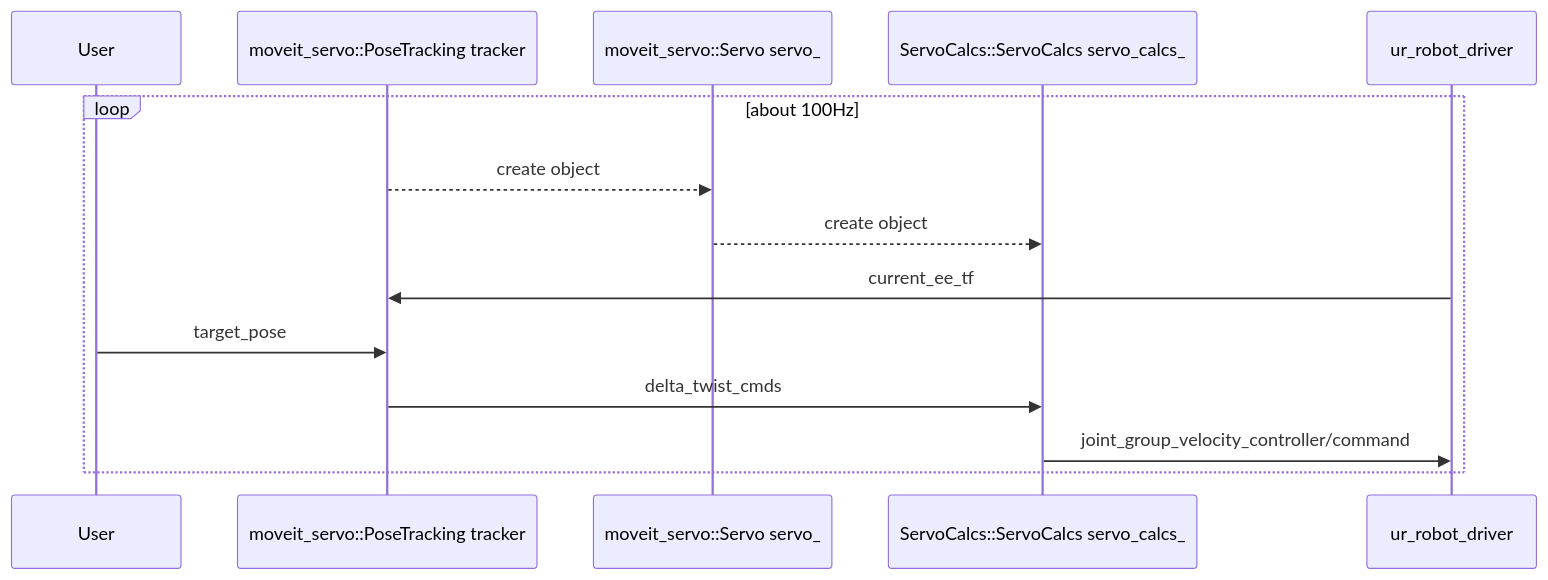
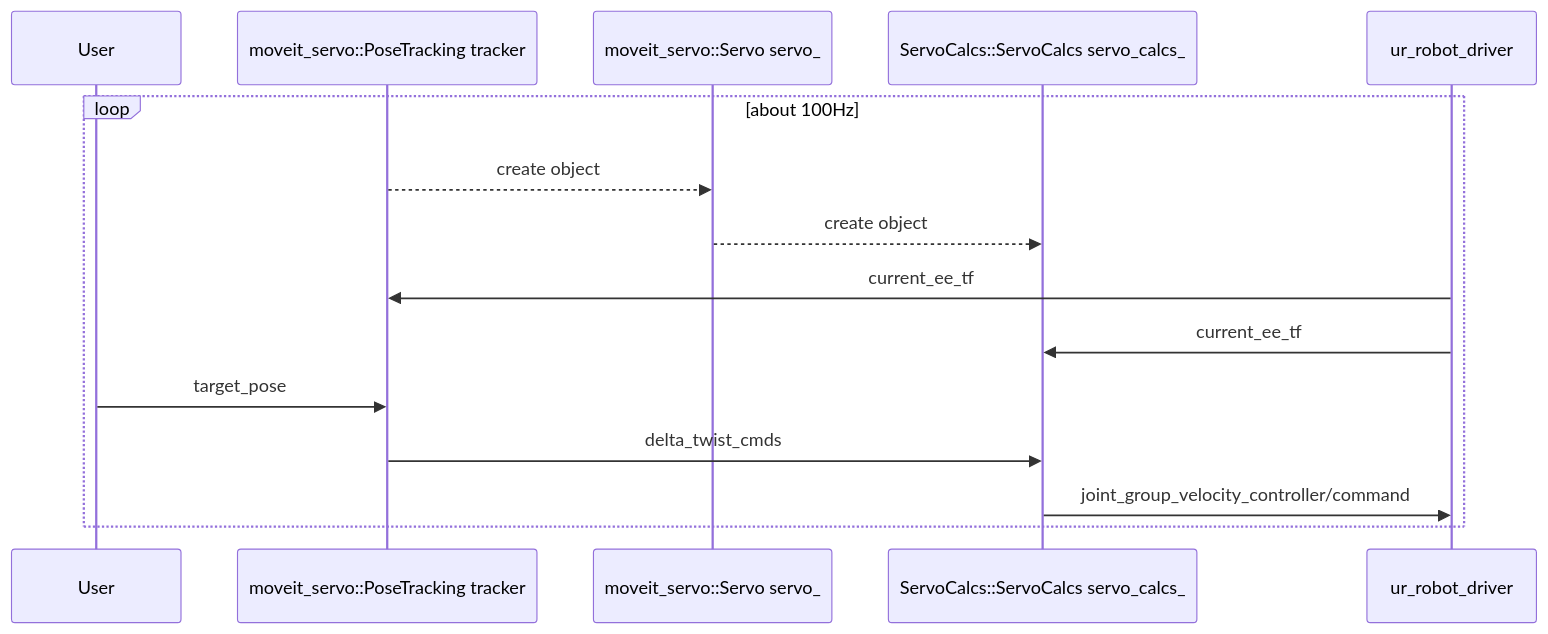
One commit to kemjensak/isaac_sim_tutorial changed the first of 2 diagrams in docs/day3-4.md. Above: the diagram before and after it, drawn with Mermaid. The commit also changed other lines of this file, not shown here.

````diff
--- a/docs/day3-4.md
+++ b/docs/day3-4.md
@@ -121,17 +121,18 @@
 ```mermaid 
 sequenceDiagram 
 	 participant user as User
 	 participant A as moveit_servo::PoseTracking tracker
 	 participant B as moveit_servo::Servo servo_ 
 	 participant C as ServoCalcs::ServoCalcs servo_calcs_  
 	 participant D as ur_robot_driver 
 	 loop about 100Hz
 	 A-->>B:create object
 	 B-->>C:create object
 	 D->>A: current_ee_tf
+	 D->>C: current_ee_tf
 	 user->>A: target_pose
 	 A->>C: delta_twist_cmds
 	 C->>D: joint_group_velocity_controller/command
 	 
 	 end
 ```
````
